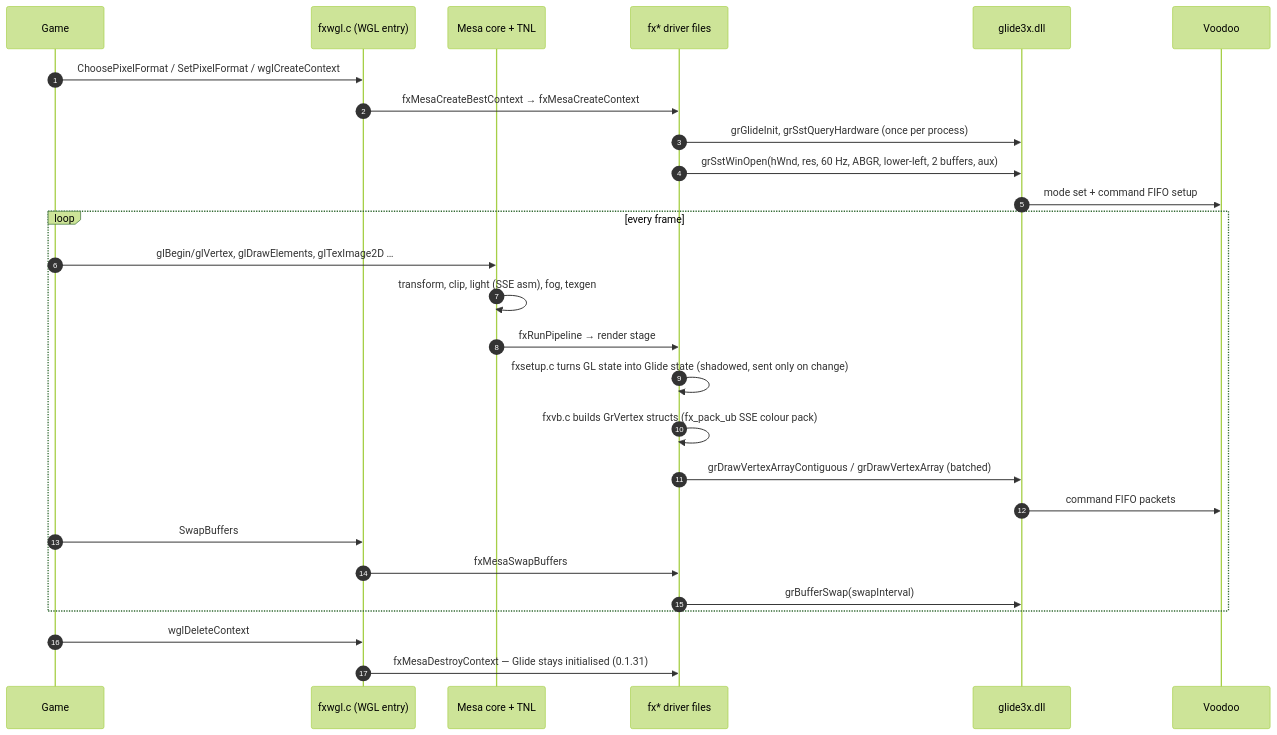
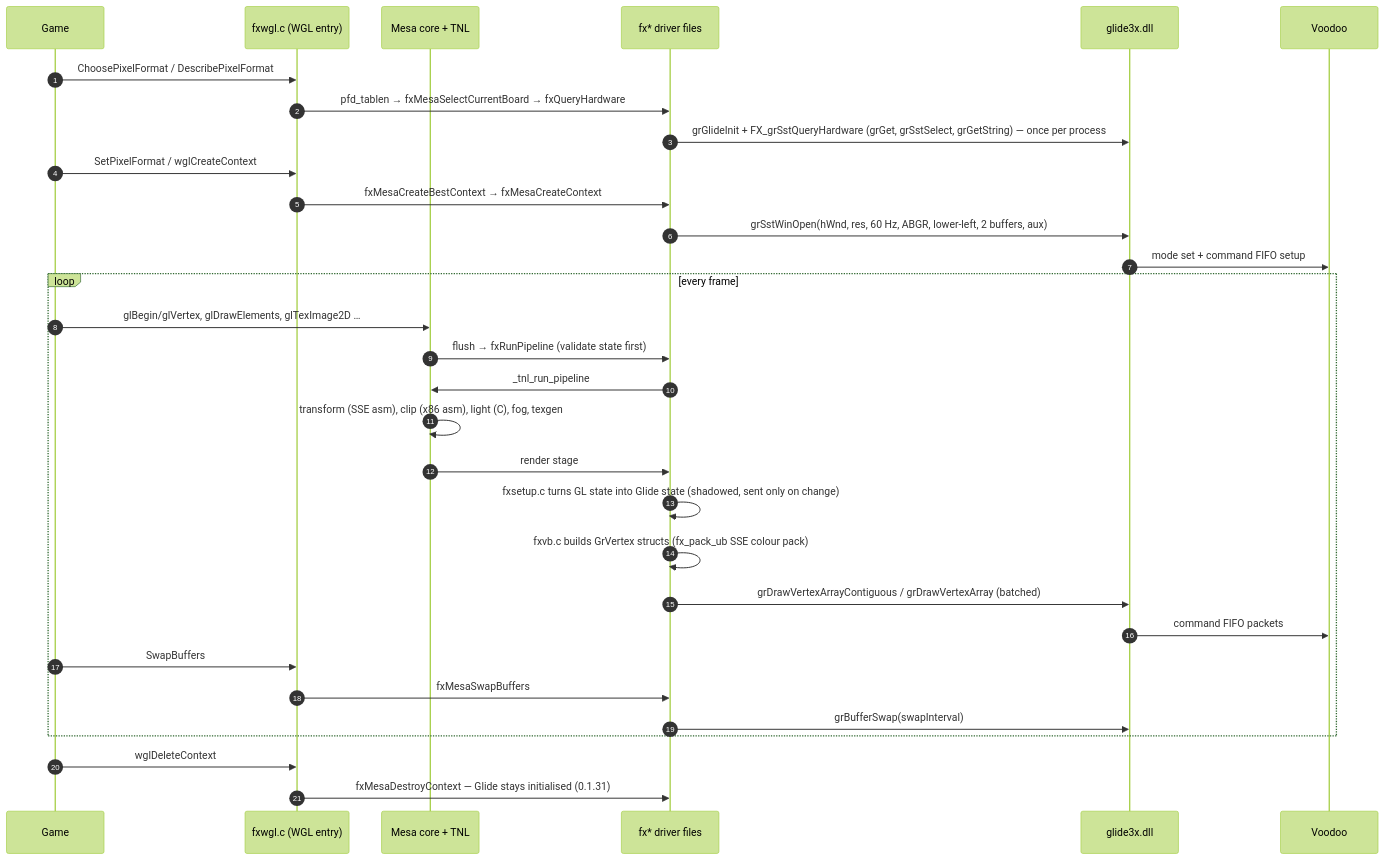
One commit to voidsstr/retro-agent changed the third of 14 diagrams in voodoo-cleanroom/README.md. Above: the diagram before and after it, drawn with Mermaid (forest theme). The commit also changed other lines of this file and 7 other files, not shown here.

````diff
--- a/voodoo-cleanroom/README.md
+++ b/voodoo-cleanroom/README.md
@@ -168,30 +173,34 @@
 ```mermaid
 sequenceDiagram
     autonumber
     participant Game
     participant WGL as fxwgl.c (WGL entry)
     participant Mesa as Mesa core + TNL
     participant FX as fx* driver files
     participant Glide as glide3x.dll
     participant Card as Voodoo
 
-    Game->>WGL: ChoosePixelFormat / SetPixelFormat / wglCreateContext
+    Game->>WGL: ChoosePixelFormat / DescribePixelFormat
+    WGL->>FX: pfd_tablen → fxMesaSelectCurrentBoard → fxQueryHardware
+    FX->>Glide: grGlideInit + FX_grSstQueryHardware (grGet, grSstSelect, grGetString) — once per process
+    Game->>WGL: SetPixelFormat / wglCreateContext
     WGL->>FX: fxMesaCreateBestContext → fxMesaCreateContext
-    FX->>Glide: grGlideInit, grSstQueryHardware (once per process)
     FX->>Glide: grSstWinOpen(hWnd, res, 60 Hz, ABGR, lower-left, 2 buffers, aux)
     Glide->>Card: mode set + command FIFO setup
     loop every frame
         Game->>Mesa: glBegin/glVertex, glDrawElements, glTexImage2D …
-        Mesa->>Mesa: transform, clip, light (SSE asm), fog, texgen
-        Mesa->>FX: fxRunPipeline → render stage
+        Mesa->>FX: flush → fxRunPipeline (validate state first)
+        FX->>Mesa: _tnl_run_pipeline
+        Mesa->>Mesa: transform (SSE asm), clip (x86 asm), light (C), fog, texgen
+        Mesa->>FX: render stage
         FX->>FX: fxsetup.c turns GL state into Glide state (shadowed, sent only on change)
         FX->>FX: fxvb.c builds GrVertex structs (fx_pack_ub SSE colour pack)
         FX->>Glide: grDrawVertexArrayContiguous / grDrawVertexArray (batched)
         Glide->>Card: command FIFO packets
         Game->>WGL: SwapBuffers
         WGL->>FX: fxMesaSwapBuffers
         FX->>Glide: grBufferSwap(swapInterval)
     end
     Game->>WGL: wglDeleteContext
     WGL->>FX: fxMesaDestroyContext — Glide stays initialised (0.1.31)
 ```
````
